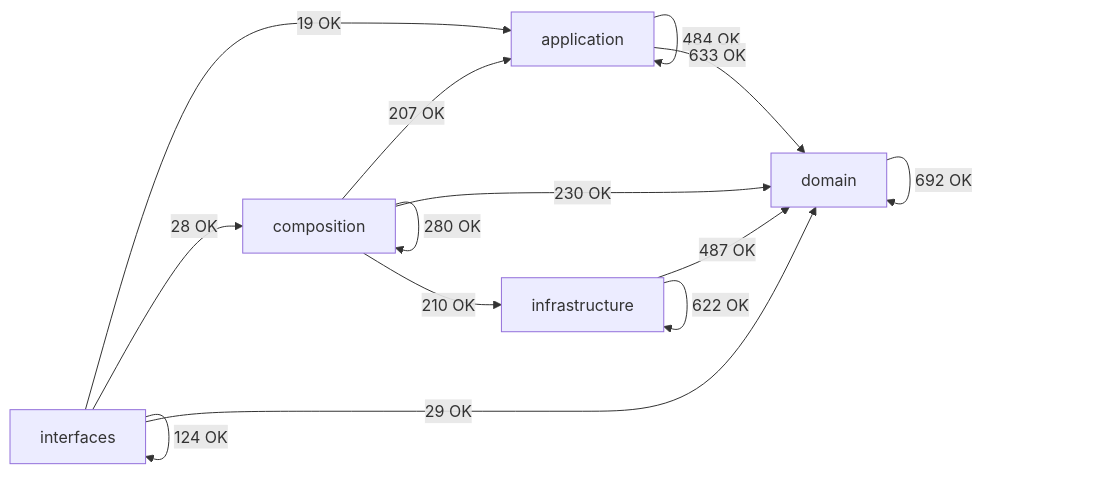
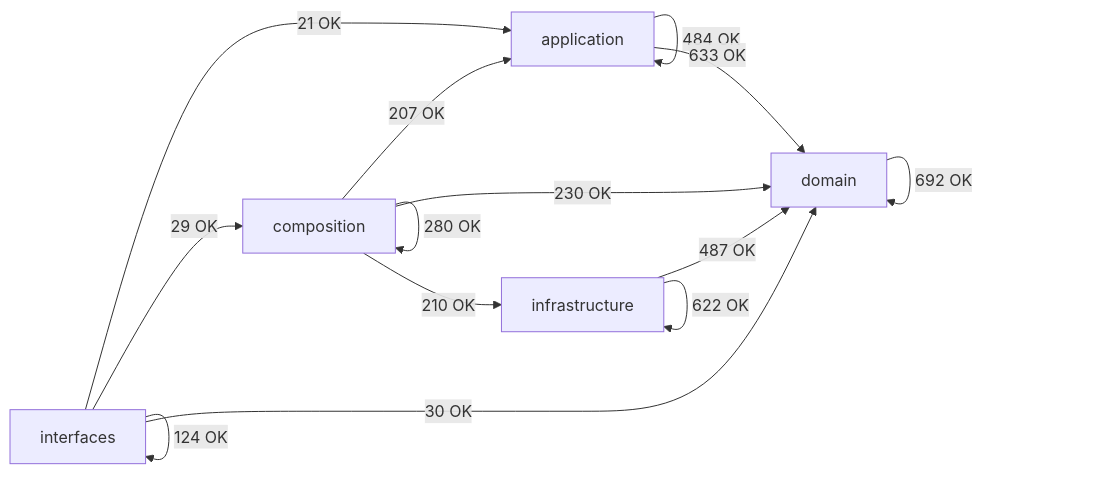
The diagram in docs/02-architecture/generated/module-dependency-map.md (SatoryKono/BioactivityDataAcquisition), drawn with Mermaid before and after one commit. The commit also changed other lines of this file and 56 other files, not shown here.

````diff
--- a/docs/02-architecture/generated/module-dependency-map.md
+++ b/docs/02-architecture/generated/module-dependency-map.md
@@ -16,21 +16,21 @@
 ```mermaid
 flowchart LR
     domain[domain]
     application[application]
     infrastructure[infrastructure]
     composition[composition]
     interfaces[interfaces]
     application -->|484 OK| application
     application -->|633 OK| domain
     composition -->|207 OK| application
     composition -->|280 OK| composition
     composition -->|230 OK| domain
     composition -->|210 OK| infrastructure
     domain -->|692 OK| domain
     infrastructure -->|487 OK| domain
     infrastructure -->|622 OK| infrastructure
-    interfaces -->|19 OK| application
-    interfaces -->|28 OK| composition
-    interfaces -->|29 OK| domain
+    interfaces -->|21 OK| application
+    interfaces -->|29 OK| composition
+    interfaces -->|30 OK| domain
     interfaces -->|124 OK| interfaces
 ```
````
